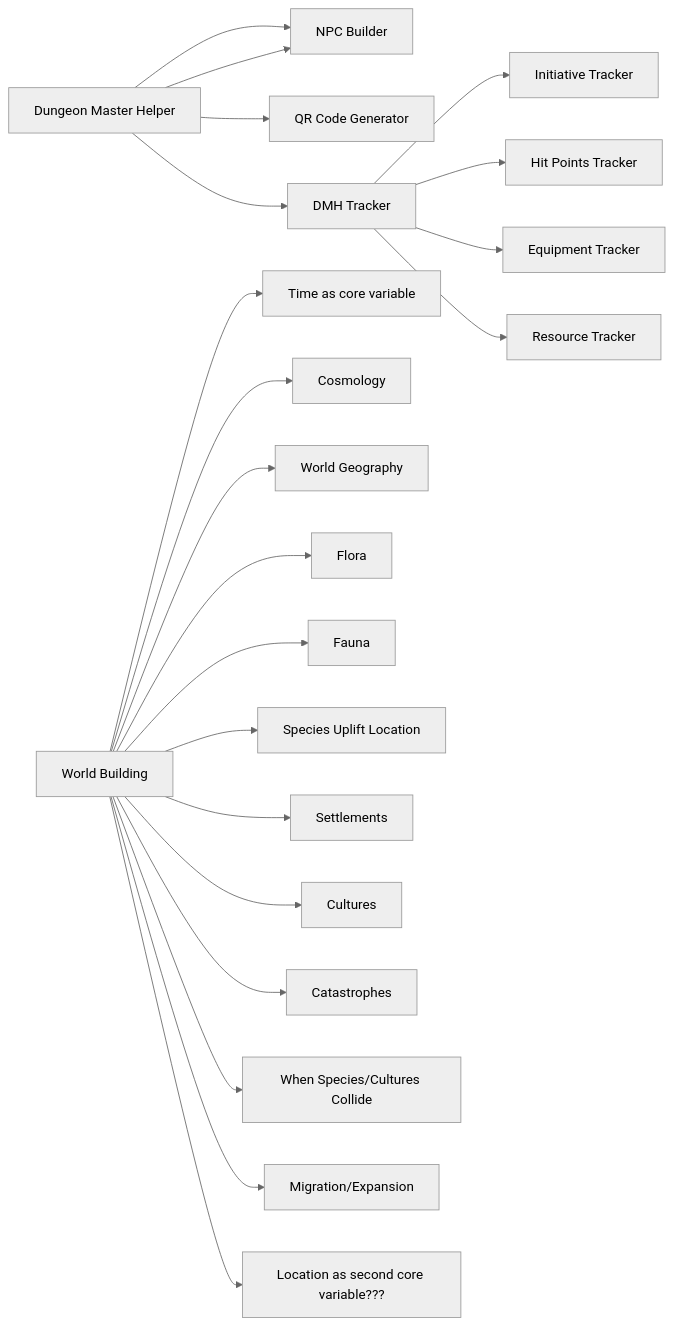
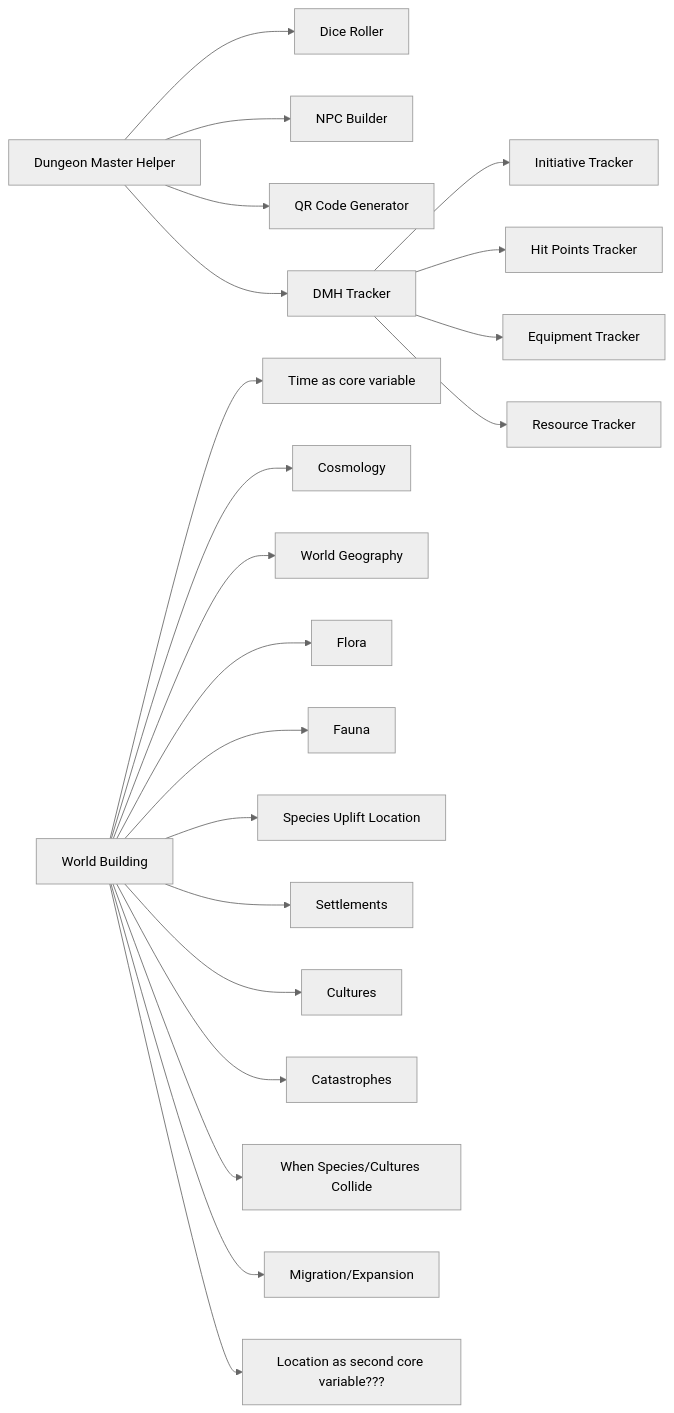
Before and after one commit to Half-Guinea-Press/thistle_octopus: the diagram in docs/blog/posts/240311.md, drawn with Mermaid (neutral theme).

````diff
--- a/docs/blog/posts/240311.md
+++ b/docs/blog/posts/240311.md
@@ -9,25 +9,25 @@
 ``` mermaid
 graph LR
 
   DMH[Dungeon Master Helper] --> DMH1[Dice Roller]
-  DMH --> DMH1[NPC Builder]
-  DMH --> DMH2[QR Code Generator]
+  DMH --> DMH2[NPC Builder]
+  DMH --> DMH3[QR Code Generator]
   DMH --> DMHT[DMH Tracker]
   DMHT --> DMHT1[Initiative Tracker]
   DMHT --> DMHT2[Hit Points Tracker]
   DMHT --> DMT3[Equipment Tracker]
   DMHT --> DMHT4[Resource Tracker]
   WB[World Building] --> WB1[Time as core variable]
   WB[World Building] --> WB2[Cosmology]
   WB[World Building] --> WB3[World Geography]
   WB[World Building] --> WB4[Flora]
   WB[World Building] --> WB5[Fauna]
   WB[World Building] --> WB6[Species Uplift Location]
   WB[World Building] --> WB7[Settlements]
   WB[World Building] --> WB8[Cultures]
   WB[World Building] --> WB9[Catastrophes]
   WB[World Building] --> WB10[When Species/Cultures Collide]
   WB[World Building] --> WB11[Migration/Expansion]
   WB[World Building] --> WB12[Location as second core variable???]
 
 ```
````
